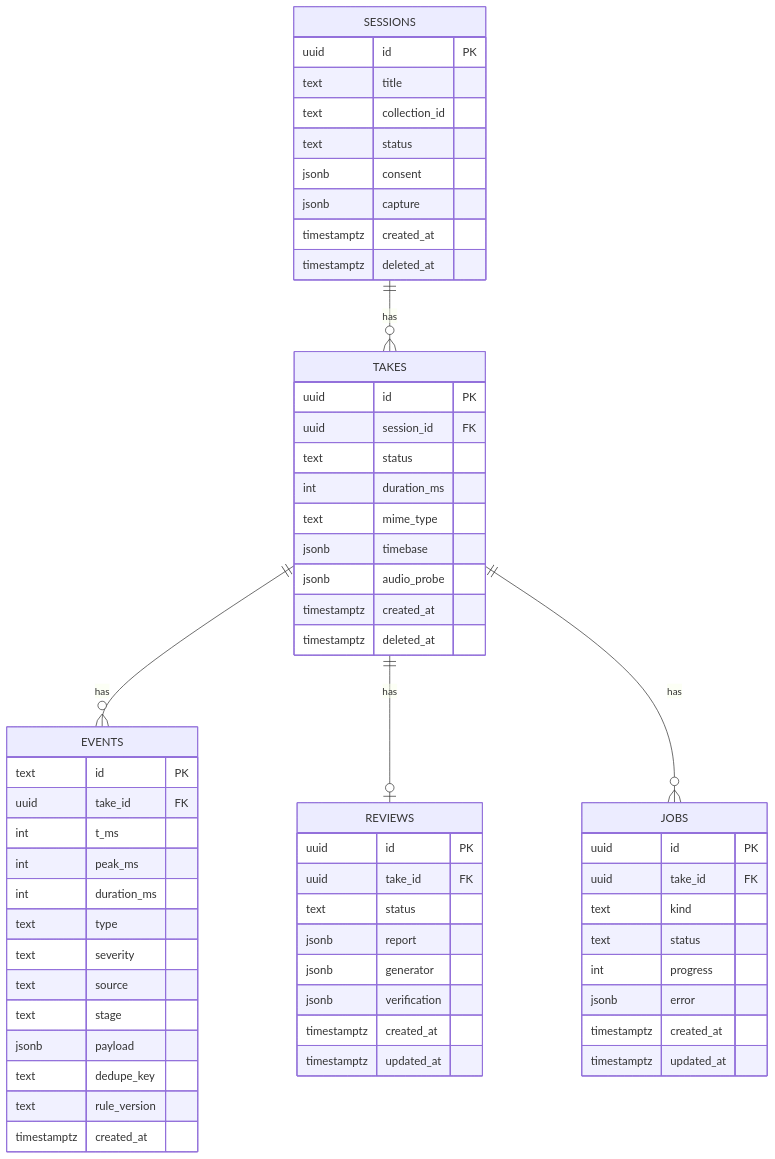
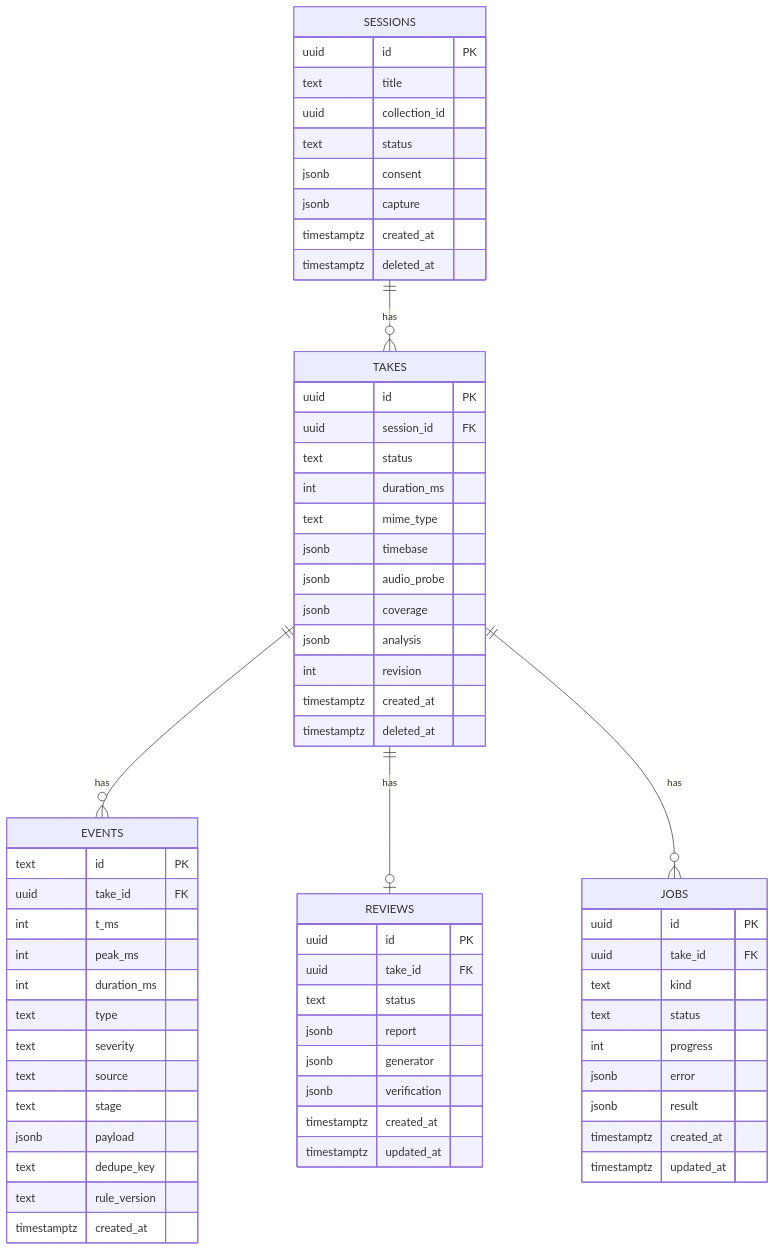
One commit to johannes3502/hackathon-fulda changed the diagram in docs/06-backend-review-api.md. Above: the diagram before and after it, drawn with Mermaid. The commit also changed other lines of this file and 30 other files, not shown here.

````diff
--- a/docs/06-backend-review-api.md
+++ b/docs/06-backend-review-api.md
@@ -59,64 +62,68 @@
 ```mermaid
 erDiagram
     SESSIONS ||--o{ TAKES : has
     TAKES ||--o{ EVENTS : has
     TAKES ||--o| REVIEWS : has
     TAKES ||--o{ JOBS : has
 
     SESSIONS {
         uuid id PK
         text title
-        text collection_id
+        uuid collection_id
         text status
         jsonb consent
         jsonb capture
         timestamptz created_at
         timestamptz deleted_at
     }
     TAKES {
         uuid id PK
         uuid session_id FK
         text status
         int duration_ms
         text mime_type
         jsonb timebase
         jsonb audio_probe
+        jsonb coverage
+        jsonb analysis
+        int revision
         timestamptz created_at
         timestamptz deleted_at
     }
     EVENTS {
         text id PK
         uuid take_id FK
         int t_ms
         int peak_ms
         int duration_ms
         text type
         text severity
         text source
         text stage
         jsonb payload
         text dedupe_key
         text rule_version
         timestamptz created_at
     }
     REVIEWS {
         uuid id PK
         uuid take_id FK
         text status
         jsonb report
         jsonb generator
         jsonb verification
         timestamptz created_at
         timestamptz updated_at
     }
     JOBS {
         uuid id PK
         uuid take_id FK
         text kind
         text status
         int progress
         jsonb error
+        jsonb result
         timestamptz created_at
         timestamptz updated_at
     }
 ```
````
